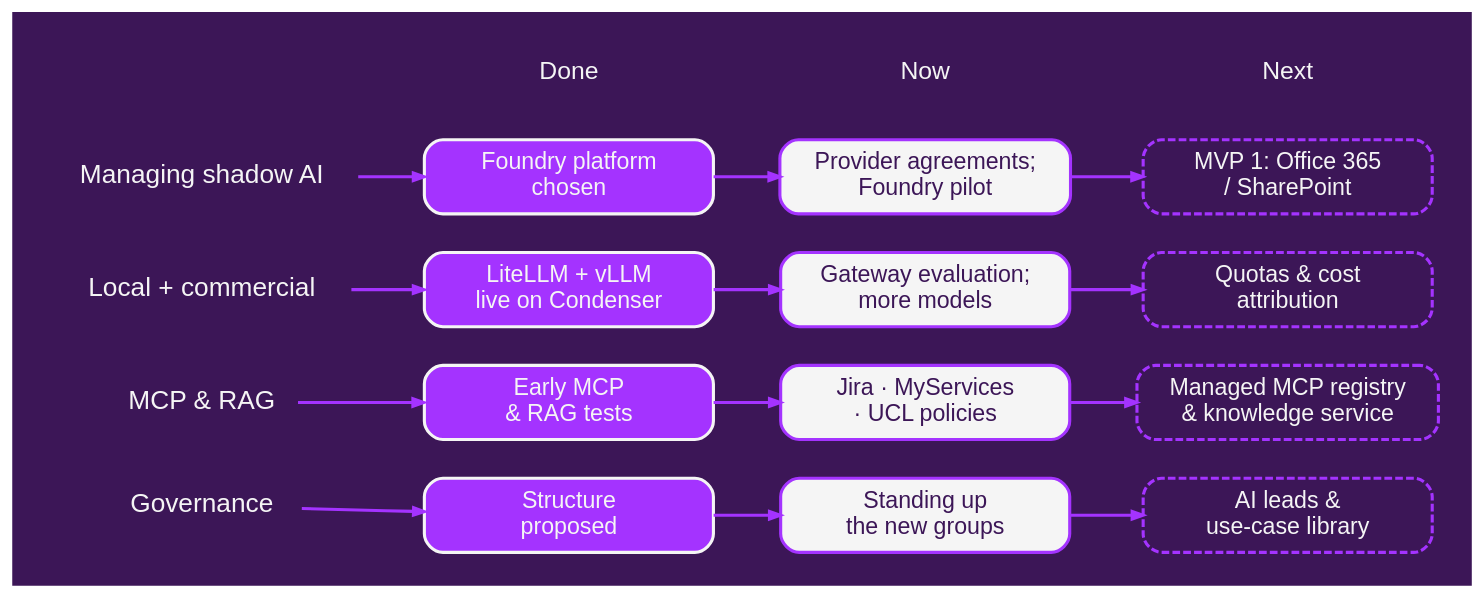
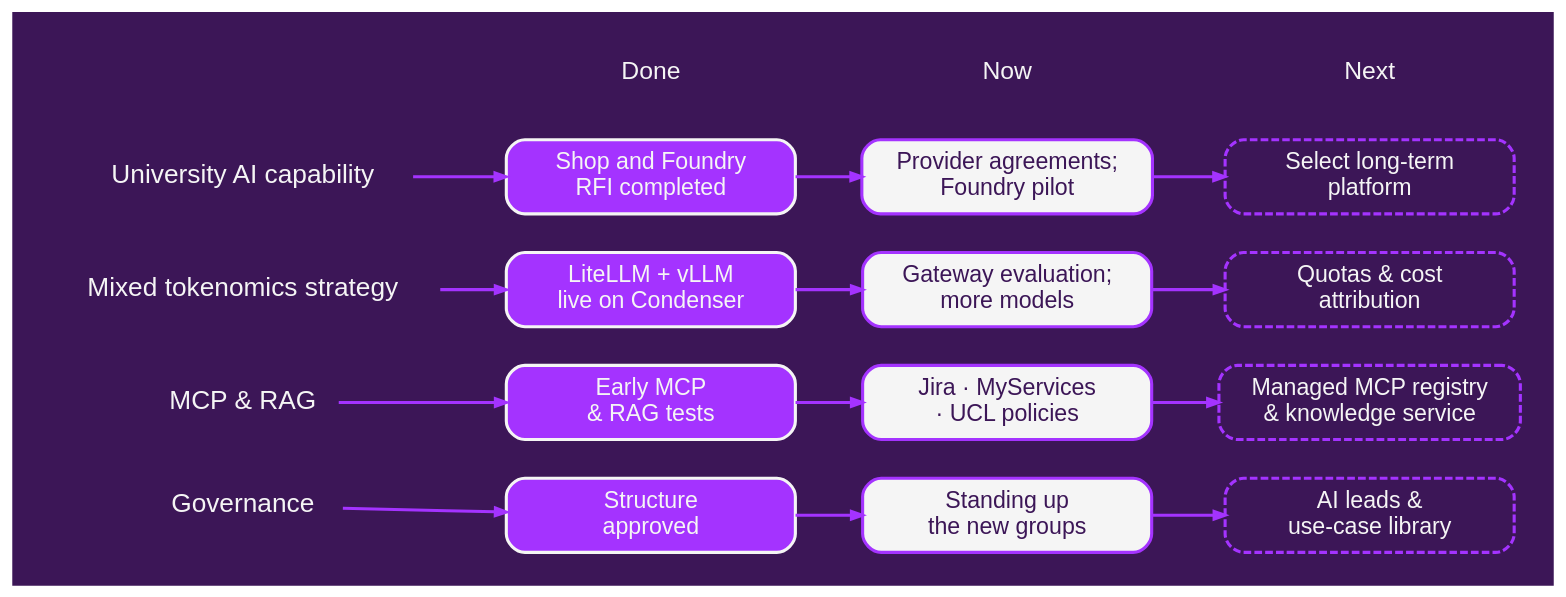
The diagram in ai_team/assets/sources/graphviz/roadmap.dot (jamespjh/talks), drawn with Graphviz before and after one commit. The commit also changed 17 other files, not shown here.

First line of the commit message:
Townhall talk: logos with tooltips, diagram refinements, trims

```diff
--- a/ai_team/assets/sources/graphviz/roadmap.dot
+++ b/ai_team/assets/sources/graphviz/roadmap.dot
@@ -1,61 +1,61 @@
 // Four strands of the AI team's roadmap. Status colours: done = light purple fill,
 // in progress = white fill, next = outline only.
 digraph roadmap {
     graph [bgcolor="#3c1657", rankdir="LR", nodesep="0.35", ranksep="0.6", pad="0.3",
            fontname="Helvetica", fontcolor="#f5f5f5"];
     node  [shape="box", style="filled,rounded", fillcolor="#f5f5f5", fontcolor="#3c1657",
            color="#a433ff", penwidth="2", fontname="Helvetica", fontsize="15", margin="0.18,0.1", width="2.6"];
     edge  [color="#a433ff", penwidth="2", arrowsize="0.7"];
 
     // column headings
     node [shape="plaintext", style="", fontcolor="#f5f5f5", fontsize="16", width="0"];
     h0 [label=""]; h1 [label="Done"]; h2 [label="Now"]; h3 [label="Next"];
     h0 -> h1 -> h2 -> h3 [style="invis"];
 
     // strand labels
     node [shape="plaintext", style="", fontcolor="#f5f5f5", fontsize="17", width="0"];
-    s1 [label="Managing shadow AI"];
-    s2 [label="Local + commercial"];
+    s1 [label="University AI capability"];
+    s2 [label="Mixed tokenomics strategy"];
     s3 [label="MCP & RAG"];
     s4 [label="Governance"];
 
     node [shape="box", style="filled,rounded", fontsize="15", width="2.6"];
 
     // done
     node [fillcolor="#a433ff", fontcolor="#f5f5f5", color="#f5f5f5"];
-    d1 [label="Foundry platform\nchosen"];
+    d1 [label="Shop and Foundry\nRFI completed"];
     d2 [label="LiteLLM + vLLM\nlive on Condenser"];
     d3 [label="Early MCP\n& RAG tests"];
-    d4 [label="Structure\nproposed"];
+    d4 [label="Structure\napproved"];
 
     // in progress
     node [fillcolor="#f5f5f5", fontcolor="#3c1657", color="#a433ff"];
     p1 [label="Provider agreements;\nFoundry pilot"];
     p2 [label="Gateway evaluation;\nmore models"];
     p3 [label="Jira · MyServices\n· UCL policies"];
     p4 [label="Standing up\nthe new groups"];
 
     // next
     node [fillcolor="#3c1657", fontcolor="#f5f5f5", color="#a433ff", style="rounded,dashed"];
-    n1 [label="MVP 1: Office 365\n/ SharePoint"];
+    n1 [label="Select long-term\nplatform"];
     n2 [label="Quotas & cost\nattribution"];
     n3 [label="Managed MCP registry\n& knowledge service"];
     n4 [label="AI leads &\nuse-case library"];
 
     s1 -> d1 -> p1 -> n1;
     s2 -> d2 -> p2 -> n2;
     s3 -> d3 -> p3 -> n3;
     s4 -> d4 -> p4 -> n4;
     // invisible links within each column fix the top-to-bottom order
     edge [style="invis"];
     h0 -> s1 -> s2 -> s3 -> s4;
     h1 -> d1 -> d2 -> d3 -> d4;
     h2 -> p1 -> p2 -> p3 -> p4;
     h3 -> n1 -> n2 -> n3 -> n4;
     edge [style=""];
 
     { rank="same"; h0; s1; s2; s3; s4; }
     { rank="same"; h1; d1; d2; d3; d4; }
     { rank="same"; h2; p1; p2; p3; p4; }
     { rank="same"; h3; n1; n2; n3; n4; }
 }
```
